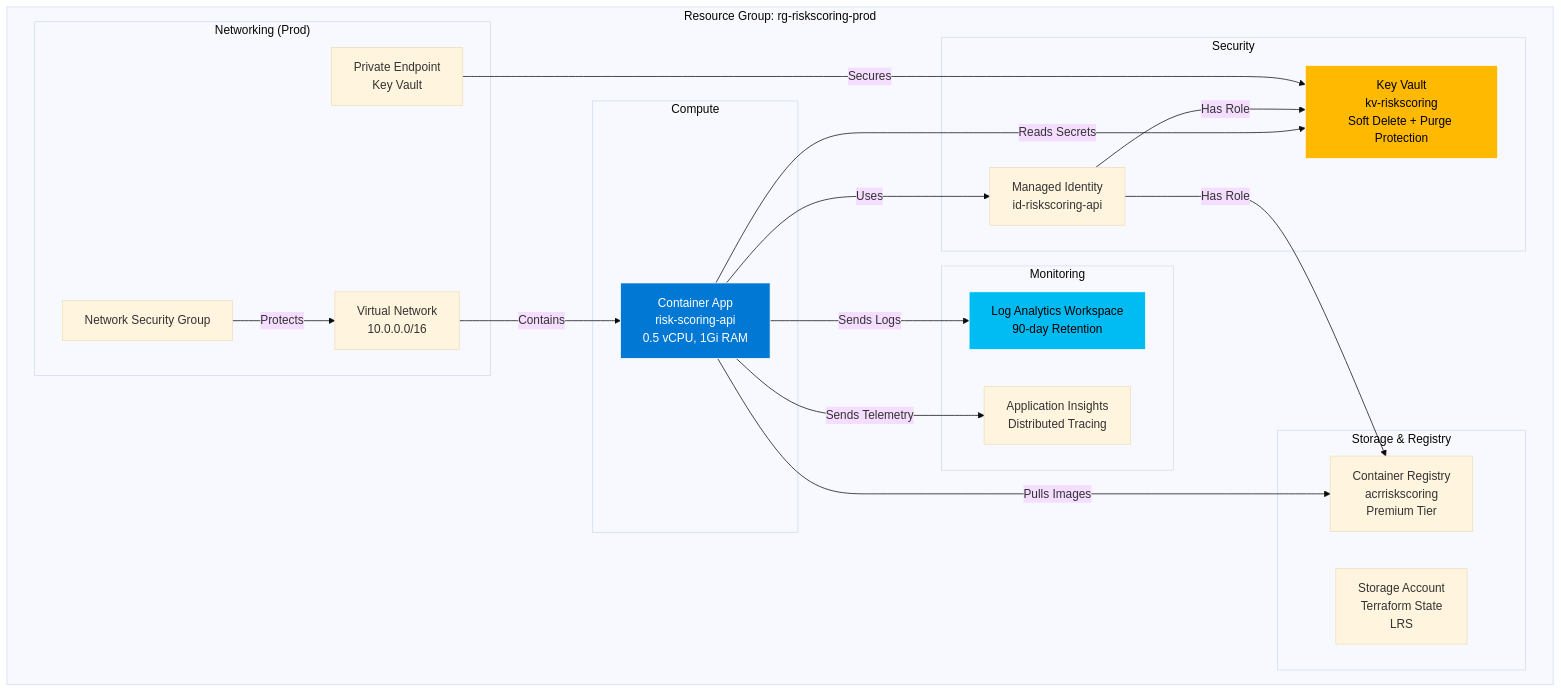
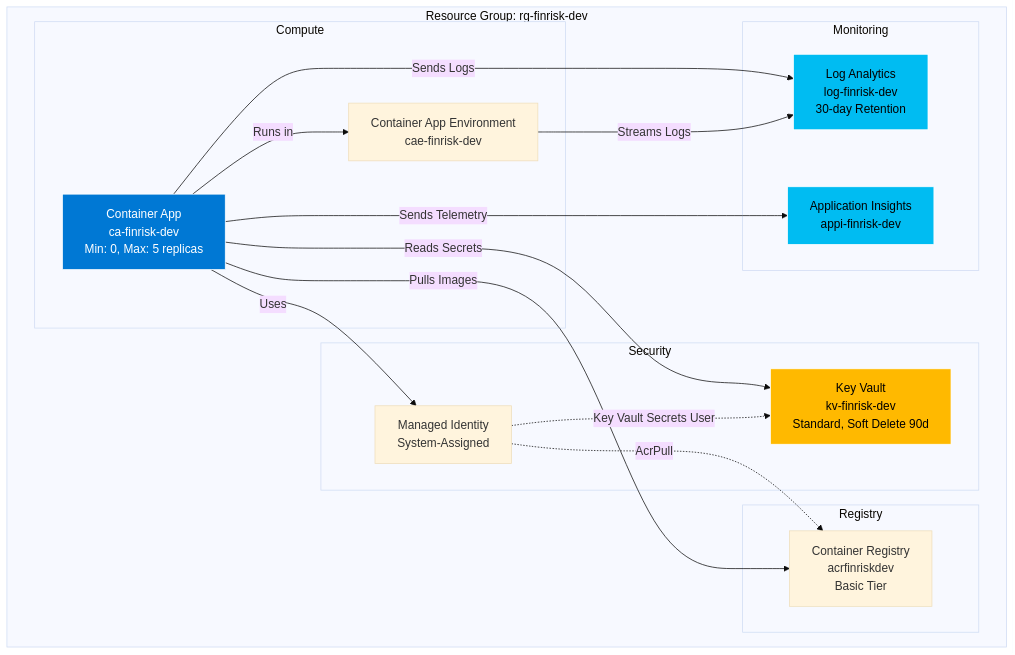
The fifth of 7 diagrams in documentation/architecture/architecture-diagram.md (sachajw/career-pollinate-assessment), drawn with Mermaid (base theme) before and after one commit. The commit also changed other lines of this file and 10 other files, not shown here.

Commit message:
📦 REFACTOR: remove architecture summary

````diff
--- a/documentation/architecture/architecture-diagram.md
+++ b/documentation/architecture/architecture-diagram.md
@@ -215,44 +208,38 @@
 ```mermaid
 graph TB
-    subgraph "Resource Group: rg-riskscoring-prod"
+    subgraph "Resource Group: rg-finrisk-dev"
         subgraph "Compute"
-            ACA[Container App<br/>risk-scoring-api<br/>0.5 vCPU, 1Gi RAM]
+            ACA[Container App<br/>ca-finrisk-dev<br/>Min: 0, Max: 5 replicas]
+            CAE[Container App Environment<br/>cae-finrisk-dev]
         end
 
-        subgraph "Storage & Registry"
-            ACR[Container Registry<br/>acrriskscoring<br/>Premium Tier]
-            STORAGE[Storage Account<br/>Terraform State<br/>LRS]
+        subgraph "Registry"
+            ACR[Container Registry<br/>acrfinriskdev<br/>Basic Tier]
         end
 
         subgraph "Security"
-            KV[Key Vault<br/>kv-riskscoring<br/>Soft Delete + Purge Protection]
-            MI[Managed Identity<br/>id-riskscoring-api]
+            KV[Key Vault<br/>kv-finrisk-dev<br/>Standard, Soft Delete 90d]
+            MI[Managed Identity<br/>System-Assigned]
         end
 
         subgraph "Monitoring"
-            LA[Log Analytics Workspace<br/>90-day Retention]
-            AI[Application Insights<br/>Distributed Tracing]
-        end
-
-        subgraph "Networking (Prod)"
-            VNET[Virtual Network<br/>10.0.0.0/16]
-            PE1[Private Endpoint<br/>Key Vault]
-            NSG[Network Security Group]
+            LA[Log Analytics<br/>log-finrisk-dev<br/>30-day Retention]
+            AI[Application Insights<br/>appi-finrisk-dev]
         end
     end
 
+    ACA -->|Runs in| CAE
     ACA -->|Uses| MI
     ACA -->|Pulls Images| ACR
     ACA -->|Reads Secrets| KV
     ACA -->|Sends Logs| LA
     ACA -->|Sends Telemetry| AI
-    MI -->|Has Role| KV
-    MI -->|Has Role| ACR
-    PE1 -->|Secures| KV
-    NSG -->|Protects| VNET
-    VNET -->|Contains| ACA
+    MI -.->|AcrPull| ACR
+    MI -.->|Key Vault Secrets User| KV
+    CAE -->|Streams Logs| LA
 
     style ACA fill:#0078d4,stroke:#fff,color:#fff
     style KV fill:#ffb900,stroke:#fff,color:#000
     style LA fill:#00bcf2,stroke:#fff,color:#000
+    style AI fill:#00bcf2,stroke:#fff,color:#000
 ```
````
